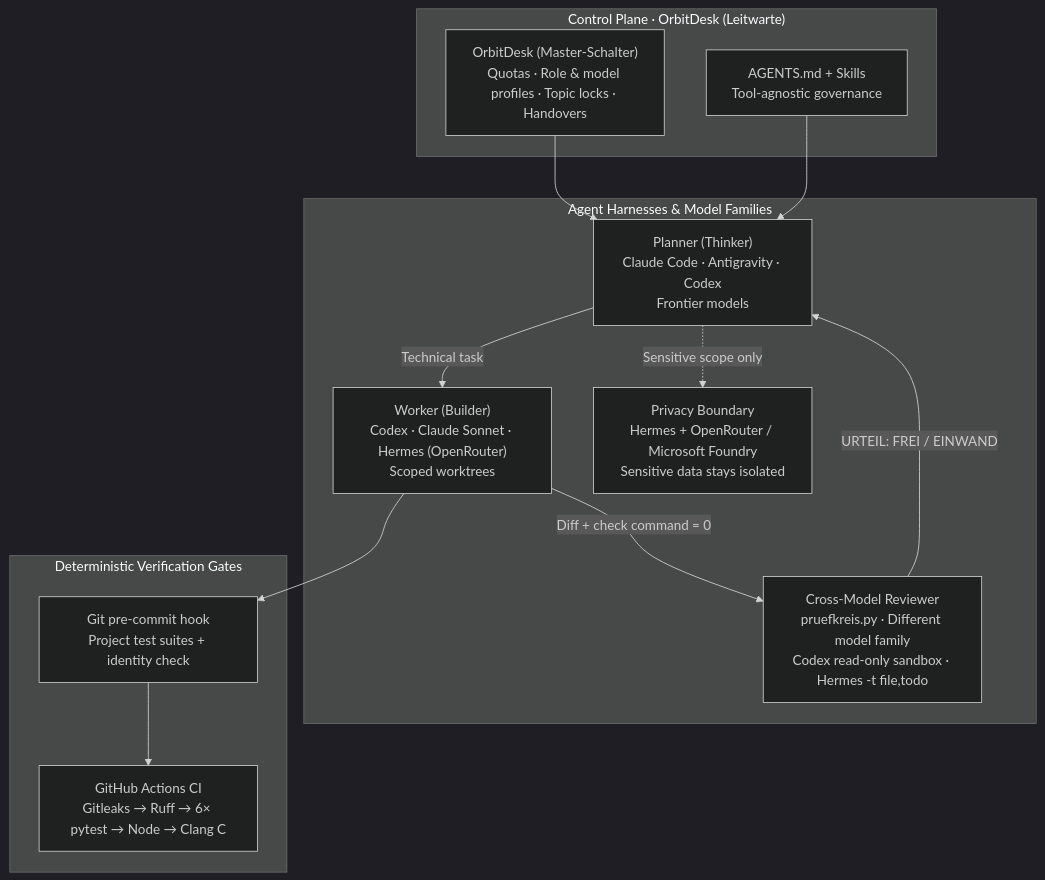
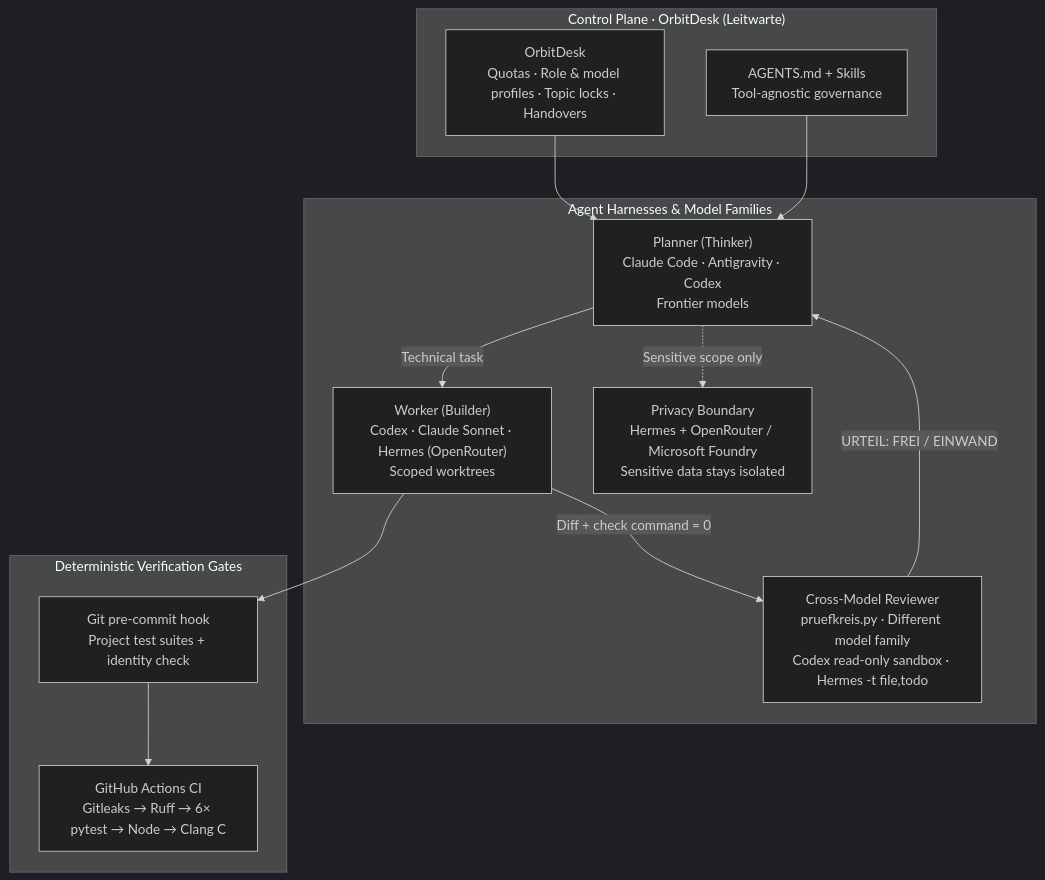
One commit to HeartledAgentEngineer/agentic-ai-software-engineering changed the first of 2 diagrams in README.md. Above: the diagram before and after it, drawn with Mermaid (dark theme). The commit also changed other lines of this file and 121 other files, not shown here.

First line of the commit message:
docs(orbitdesk): show the app as OrbitDesk, folder projects/orbitdesk

````diff
--- a/README.md
+++ b/README.md
@@ -38,24 +38,24 @@
 ```mermaid
 flowchart TB
     subgraph Control["Control Plane · OrbitDesk (Leitwarte)"]
-        OD["OrbitDesk (Master-Schalter)<br/>Quotas · Role & model profiles · Topic locks · Handovers"]
+        OD["OrbitDesk<br/>Quotas · Role & model profiles · Topic locks · Handovers"]
         RULES["AGENTS.md + Skills<br/>Tool-agnostic governance"]
     end
     subgraph Harnesses["Agent Harnesses & Model Families"]
         PLAN["Planner (Thinker)<br/>Claude Code · Antigravity · Codex<br/>Frontier models"]
         WORK["Worker (Builder)<br/>Codex · Claude Sonnet · Hermes (OpenRouter)<br/>Scoped worktrees"]
         REV["Cross-Model Reviewer<br/>pruefkreis.py · Different model family<br/>Codex read-only sandbox · Hermes -t file,todo"]
         PRIV["Privacy Boundary<br/>Hermes + OpenRouter / Microsoft Foundry<br/>Sensitive data stays isolated"]
     end
     subgraph Gates["Deterministic Verification Gates"]
         HOOK["Git pre-commit hook<br/>Project test suites + identity check"]
         CI["GitHub Actions CI<br/>Gitleaks → Ruff → 6× pytest → Node → Clang C"]
     end
     OD --> PLAN
     RULES --> PLAN
     PLAN -->|Technical task| WORK
     WORK -->|Diff + check command = 0| REV
     REV -->|URTEIL: FREI / EINWAND| PLAN
     PLAN -.->|Sensitive scope only| PRIV
     WORK --> HOOK --> CI
 ```
````
